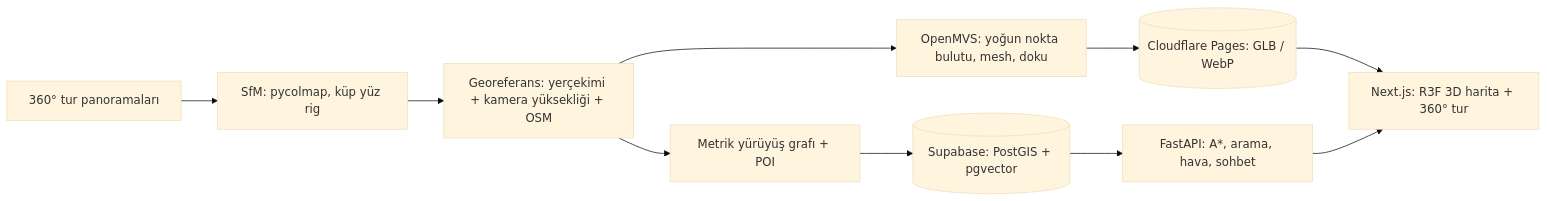
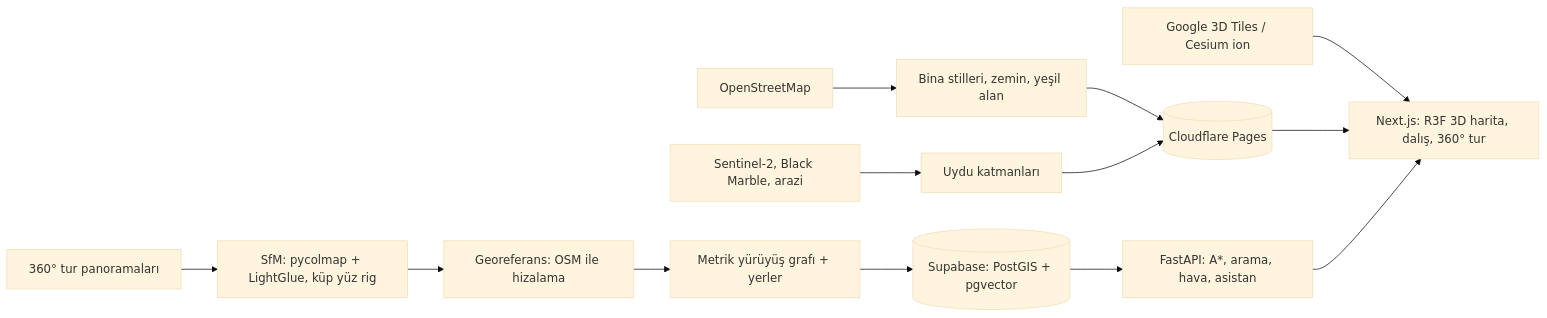
The diagram in README.md (Yigtwxx/aydin-university-map), drawn with Mermaid (base theme) before and after one commit. The commit also changed other lines of this file, not shown here.

````diff
--- a/README.md
+++ b/README.md
@@ -36,12 +44,15 @@
 ```mermaid
 flowchart LR
-  T[360° tur panoramaları] --> S[SfM: pycolmap, küp yüz rig]
-  S --> G[Georeferans: yerçekimi + kamera yüksekliği + OSM]
-  G --> M[OpenMVS: yoğun nokta bulutu, mesh, doku]
-  G --> W[Metrik yürüyüş grafı + POI]
-  M --> CDN[(Cloudflare Pages: GLB / WebP)]
+  T[360° tur panoramaları] --> S[SfM: pycolmap + LightGlue, küp yüz rig]
+  S --> G[Georeferans: OSM ile hizalama]
+  G --> W[Metrik yürüyüş grafı + yerler]
+  OSM[OpenStreetMap] --> B[Bina stilleri, zemin, yeşil alan]
+  E[Sentinel-2, Black Marble, arazi] --> EA[Uydu katmanları]
   W --> DB[(Supabase: PostGIS + pgvector)]
-  DB --> API[FastAPI: A*, arama, hava, sohbet]
-  CDN --> WEB[Next.js: R3F 3D harita + 360° tur]
+  B --> CDN[(Cloudflare Pages)]
+  EA --> CDN
+  DB --> API[FastAPI: A*, arama, hava, asistan]
+  GT[Google 3D Tiles / Cesium ion] --> WEB
+  CDN --> WEB[Next.js: R3F 3D harita, dalış, 360° tur]
   API --> WEB
 ```
````
